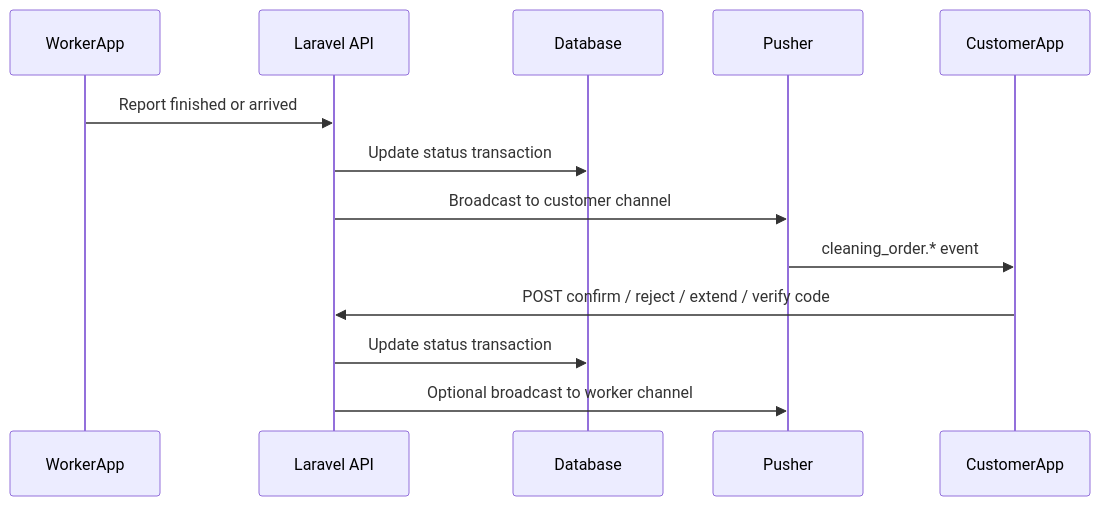
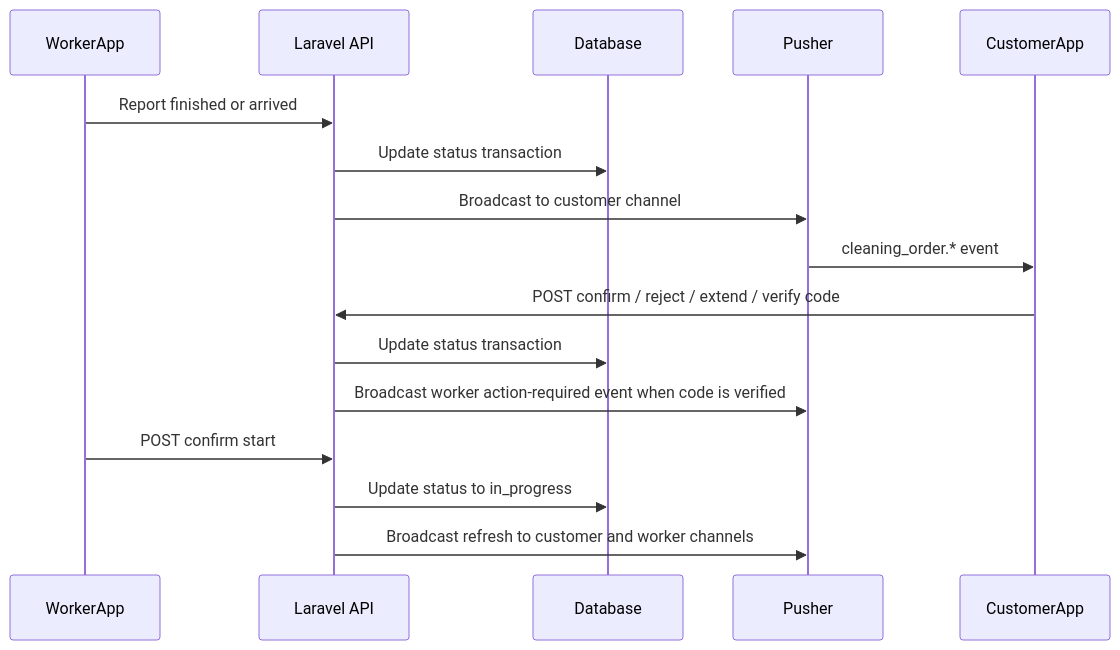
The second of 2 diagrams in docs/backend-cleaning-order-realtime.md (dllni-app/dllni-user-app), drawn with Mermaid before and after one commit. The commit also changed other lines of this file and 13 other files, not shown here.

````diff
--- a/docs/backend-cleaning-order-realtime.md
+++ b/docs/backend-cleaning-order-realtime.md
@@ -155,16 +185,19 @@
 ```mermaid
 sequenceDiagram
   participant WorkerApp
   participant API as Laravel API
   participant DB as Database
   participant Pusher
   participant CustomerApp
 
   WorkerApp->>API: Report finished or arrived
   API->>DB: Update status transaction
   API->>Pusher: Broadcast to customer channel
   Pusher->>CustomerApp: cleaning_order.* event
   CustomerApp->>API: POST confirm / reject / extend / verify code
   API->>DB: Update status transaction
-  API->>Pusher: Optional broadcast to worker channel
+  API->>Pusher: Broadcast worker action-required event when code is verified
+  WorkerApp->>API: POST confirm start
+  API->>DB: Update status to in_progress
+  API->>Pusher: Broadcast refresh to customer and worker channels
 ```
````
